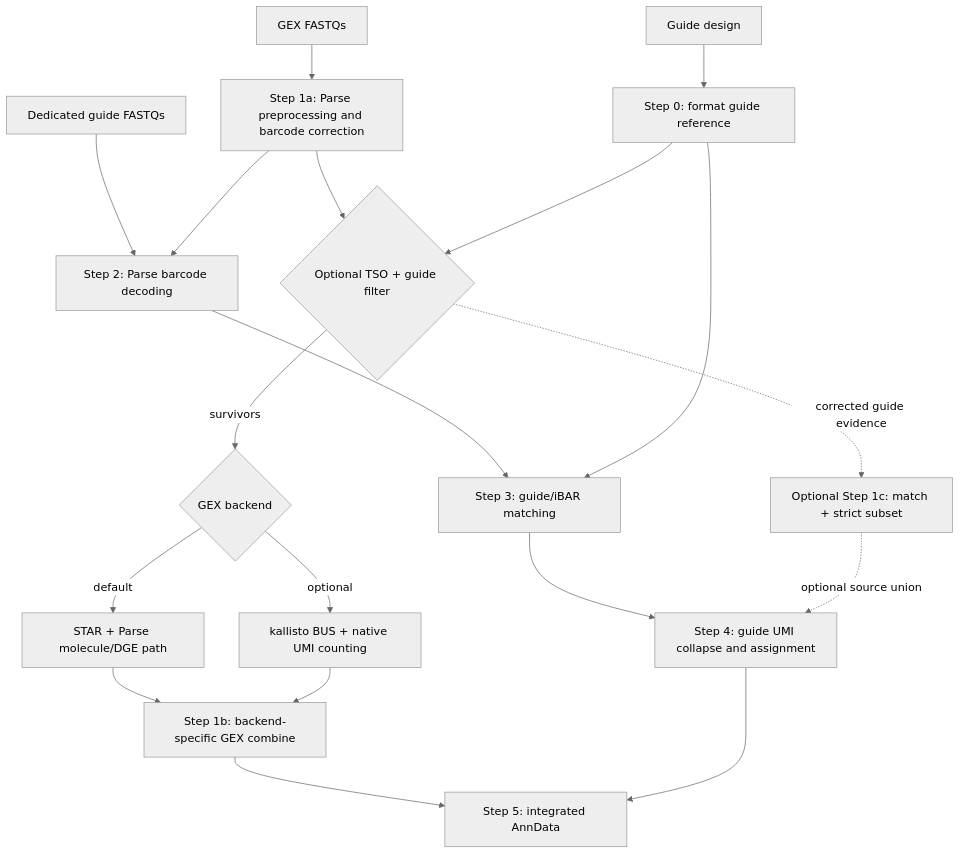
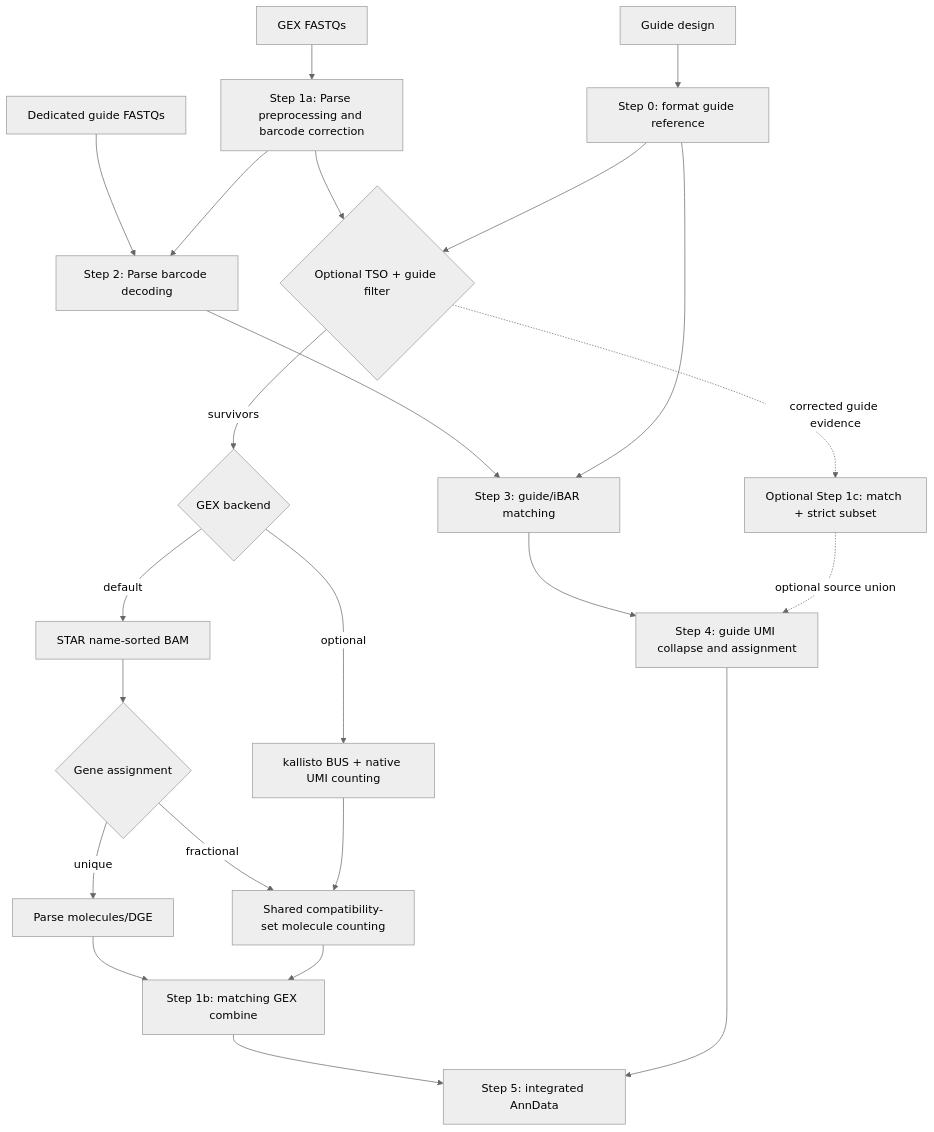
One commit to jhjiang2020/CSM_ccperturbseq changed the diagram in pipeline_overview.md. Above: the diagram before and after it, drawn with Mermaid (neutral theme). The commit also changed other lines of this file and 29 other files, not shown here.

First line of the commit message:
feat: harmonize Step 1a assignment across STAR and kallisto

````diff
--- a/pipeline_overview.md
+++ b/pipeline_overview.md
@@ -11,21 +11,25 @@
 ```mermaid
 flowchart TD
     DESIGN[Guide design] --> S0[Step 0: format guide reference]
     GEX[GEX FASTQs] --> PRE[Step 1a: Parse preprocessing and barcode correction]
     PRE --> FILTER{Optional TSO + guide filter}
     FILTER -->|survivors| BACKEND{GEX backend}
-    BACKEND -->|default| STAR[STAR + Parse molecule/DGE path]
+    BACKEND -->|default| STAR[STAR name-sorted BAM]
+    STAR --> ASSIGN{Gene assignment}
+    ASSIGN -->|unique| PARSE[Parse molecules/DGE]
+    ASSIGN -->|fractional| SHARED[Shared compatibility-set molecule counting]
     BACKEND -->|optional| KAL[kallisto BUS + native UMI counting]
-    STAR --> COMB[Step 1b: backend-specific GEX combine]
-    KAL --> COMB
+    PARSE --> COMB[Step 1b: matching GEX combine]
+    KAL --> SHARED
+    SHARED --> COMB
     FILTER -. corrected guide evidence .-> S1C[Optional Step 1c: match + strict subset]
     GRNA[Dedicated guide FASTQs] --> S2[Step 2: Parse barcode decoding]
     PRE --> S2
     S2 --> S3[Step 3: guide/iBAR matching]
     S0 --> S3
     S0 --> FILTER
     S3 --> S4[Step 4: guide UMI collapse and assignment]
     S1C -. optional source union .-> S4
     COMB --> S5[Step 5: integrated AnnData]
     S4 --> S5
 ```
````
